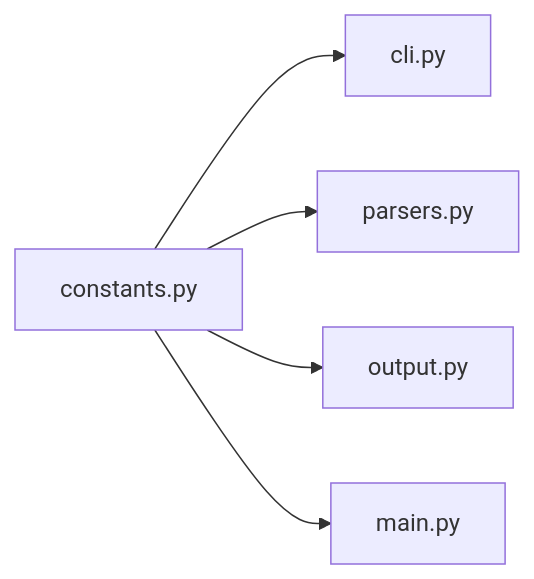
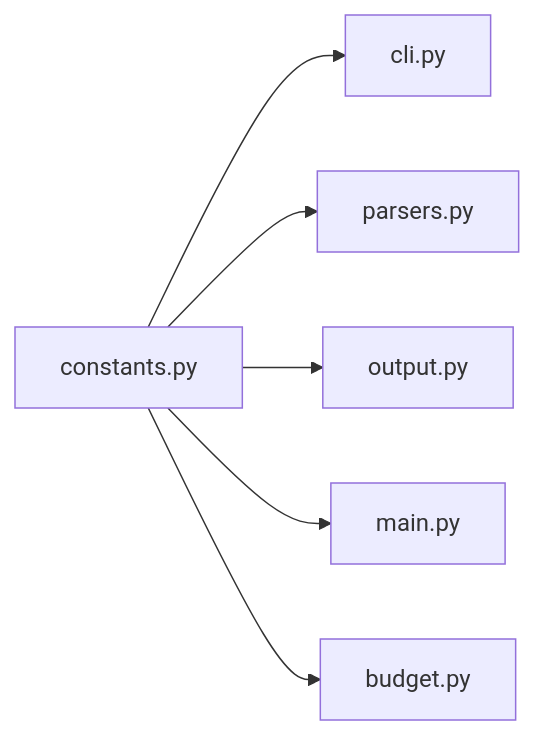
The diagram in docs/constants.md (arianmokhtariha/data2prompt), drawn with Mermaid before and after one commit. The commit also changed other lines of this file and 14 other files, not shown here.

````diff
--- a/docs/constants.md
+++ b/docs/constants.md
@@ -11,7 +11,8 @@
 ```mermaid
 graph LR
     Constants[constants.py] --> CLI[cli.py]
     Constants --> Parsers[parsers.py]
     Constants --> Output[output.py]
     Constants --> Main[main.py]
+    Constants --> Budget[budget.py]
 ```
````
